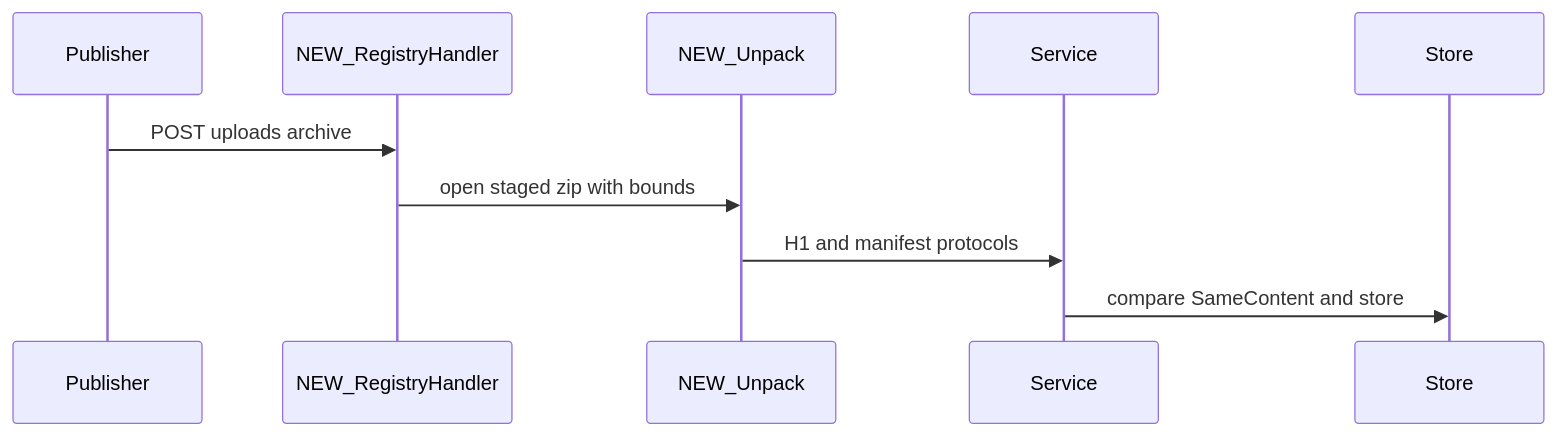
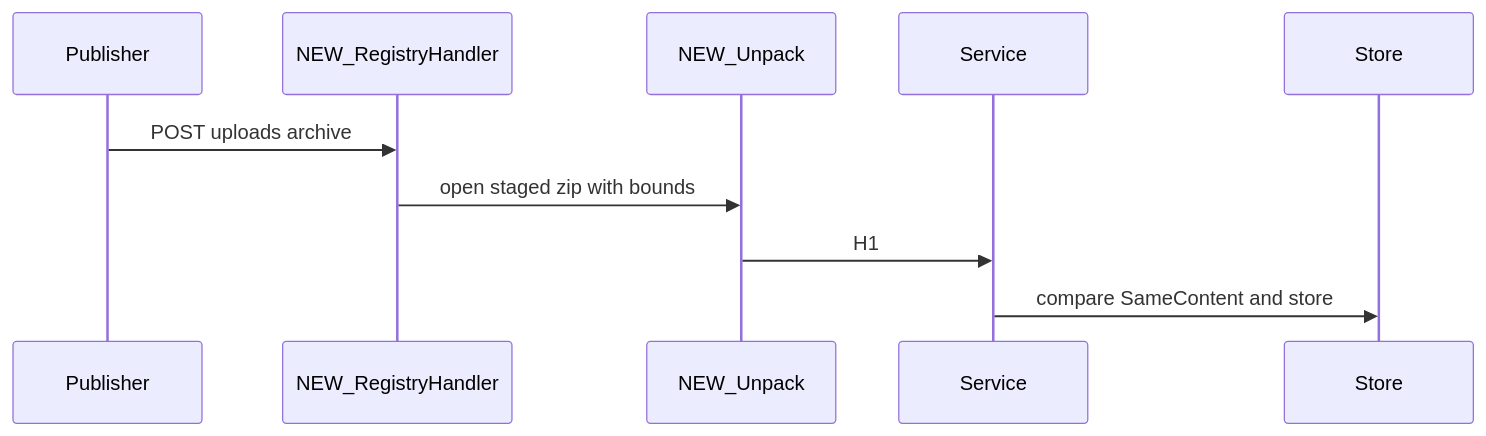
One commit to OpenDustpan/OpenDustpan changed the first of 3 diagrams in openspec/changes/h1-hash-provider-archive-registry/design.md. Above: the diagram before and after it, drawn with Mermaid. The commit also changed other lines of this file and 7 other files, not shown here.

First line of the commit message:
spec: read provider protocols from a manifest file role, not from the zip

````diff
--- a/openspec/changes/h1-hash-provider-archive-registry/design.md
+++ b/openspec/changes/h1-hash-provider-archive-registry/design.md
@@ -33,12 +33,12 @@
 ```mermaid
 sequenceDiagram
 participant Publisher
 participant API as NEW_RegistryHandler
 participant Unpack as NEW_Unpack
 participant Service
 participant Store
 Publisher->>API: POST uploads archive
 API->>Unpack: open staged zip with bounds
-Unpack->>Service: H1 and manifest protocols
+Unpack->>Service: H1
 Service->>Store: compare SameContent and store
 ```
````
